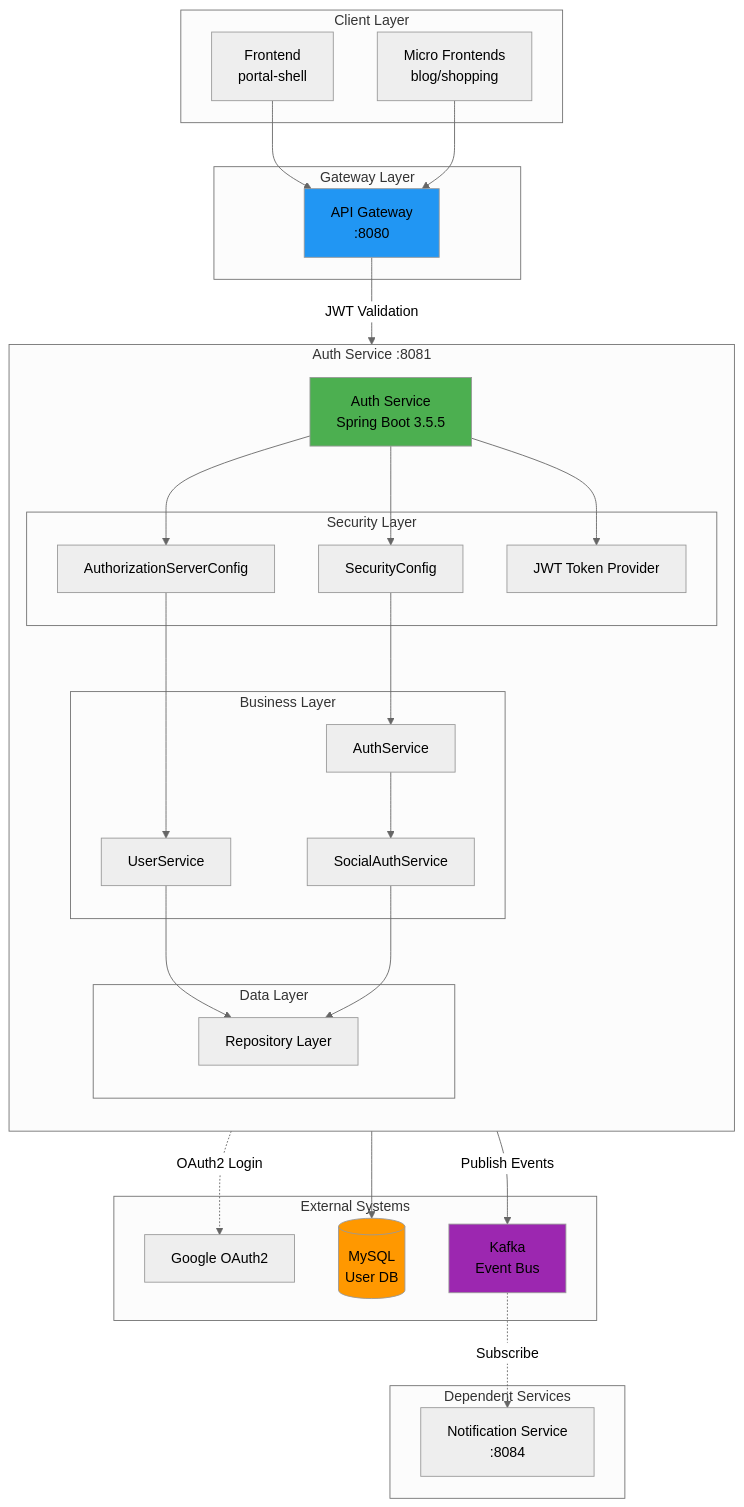
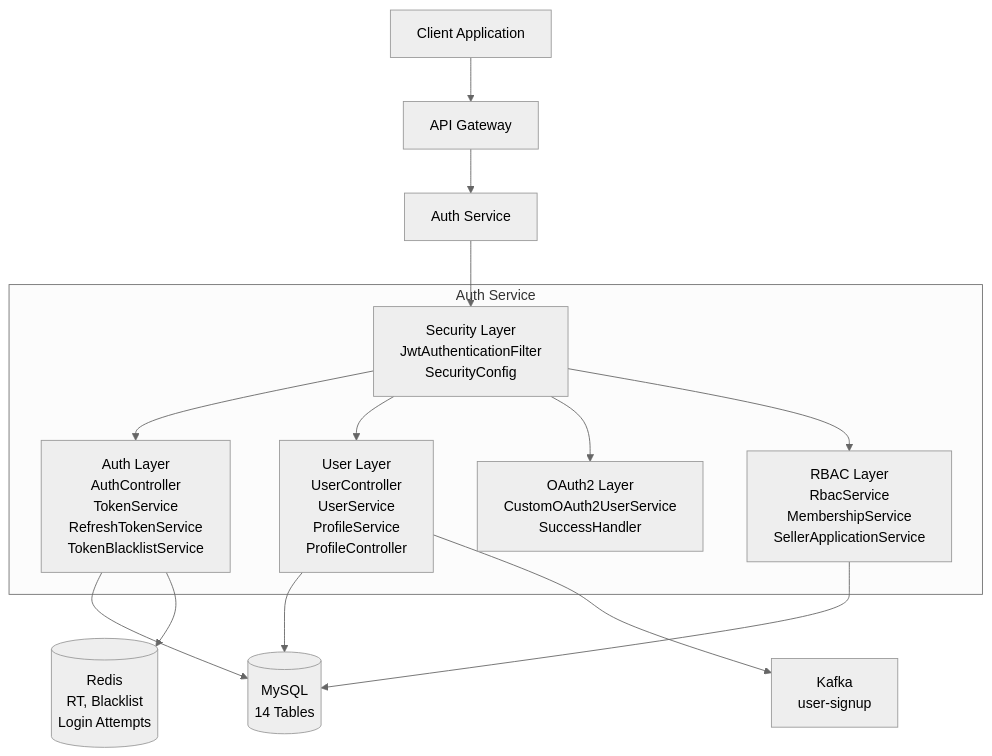
The diagram in docs/architecture/auth-service/system-overview.md (L-a-z-e/portal-universe), drawn with Mermaid (neutral theme) before and after one commit. The commit also changed other lines of this file and 3 other files, not shown here.

First line of the commit message:
docs(architecture): rewrite auth-service docs to match actual codebase

````diff
--- a/docs/architecture/auth-service/system-overview.md
+++ b/docs/architecture/auth-service/system-overview.md
@@ -66,66 +49,32 @@
 ```mermaid
-graph TB
-    subgraph "Client Layer"
-        FE[Frontend<br/>portal-shell]
-        MFA[Micro Frontends<br/>blog/shopping]
+graph TD
+    Client[Client Application]
+    Gateway[API Gateway]
+    Auth[Auth Service]
+
+    subgraph Auth Service
+        Security[Security Layer<br/>JwtAuthenticationFilter<br/>SecurityConfig]
+        AuthLayer[Auth Layer<br/>AuthController<br/>TokenService<br/>RefreshTokenService<br/>TokenBlacklistService]
+        UserLayer[User Layer<br/>UserController<br/>UserService<br/>ProfileService<br/>ProfileController]
+        OAuth2Layer[OAuth2 Layer<br/>CustomOAuth2UserService<br/>SuccessHandler]
+        RBACLayer[RBAC Layer<br/>RbacService<br/>MembershipService<br/>SellerApplicationService]
     end
 
-    subgraph "Gateway Layer"
-        GW[API Gateway<br/>:8080]
-    end
+    MySQL[(MySQL<br/>14 Tables)]
+    Redis[(Redis<br/>RT, Blacklist<br/>Login Attempts)]
+    Kafka[Kafka<br/>user-signup]
 
-    subgraph "Auth Service :8081"
-        direction TB
-        AS[Auth Service<br/>Spring Boot 3.5.5]
+    Client --> Gateway
+    Gateway --> Auth
+    Auth --> Security
+    Security --> AuthLayer
+    Security --> UserLayer
+    Security --> OAuth2Layer
+    Security --> RBACLayer
 
-        subgraph "Security Layer"
-            SC[SecurityConfig]
-            ASC[AuthorizationServerConfig]
-            JWT[JWT Token Provider]
-        end
-
-        subgraph "Business Layer"
-            AUTH[AuthService]
-            USER[UserService]
-            SOCIAL[SocialAuthService]
-        end
-
-        subgraph "Data Layer"
-            REPO[Repository Layer]
-        end
-    end
-
-    subgraph "External Systems"
-        GOOGLE[Google OAuth2]
-        MYSQL[(MySQL<br/>User DB)]
-        KAFKA[Kafka<br/>Event Bus]
-    end
-
-    subgraph "Dependent Services"
-        NOTIF[Notification Service<br/>:8084]
-    end
-
-    FE --> GW
-    MFA --> GW
-    GW -->|JWT Validation| AS
-
-    AS --> SC
-    AS --> ASC
-    AS --> JWT
-    SC --> AUTH
-    ASC --> USER
-    AUTH --> SOCIAL
-
-    USER --> REPO
-    SOCIAL --> REPO
-    REPO --> MYSQL
-
-    SOCIAL -.->|OAuth2 Login| GOOGLE
-    USER -->|Publish Events| KAFKA
-    KAFKA -.->|Subscribe| NOTIF
-
-    style AS fill:#4CAF50
-    style GW fill:#2196F3
-    style MYSQL fill:#FF9800
-    style KAFKA fill:#9C27B0
+    AuthLayer --> MySQL
+    UserLayer --> MySQL
+    RBACLayer --> MySQL
+    AuthLayer --> Redis
+    UserLayer --> Kafka
 ```
````
